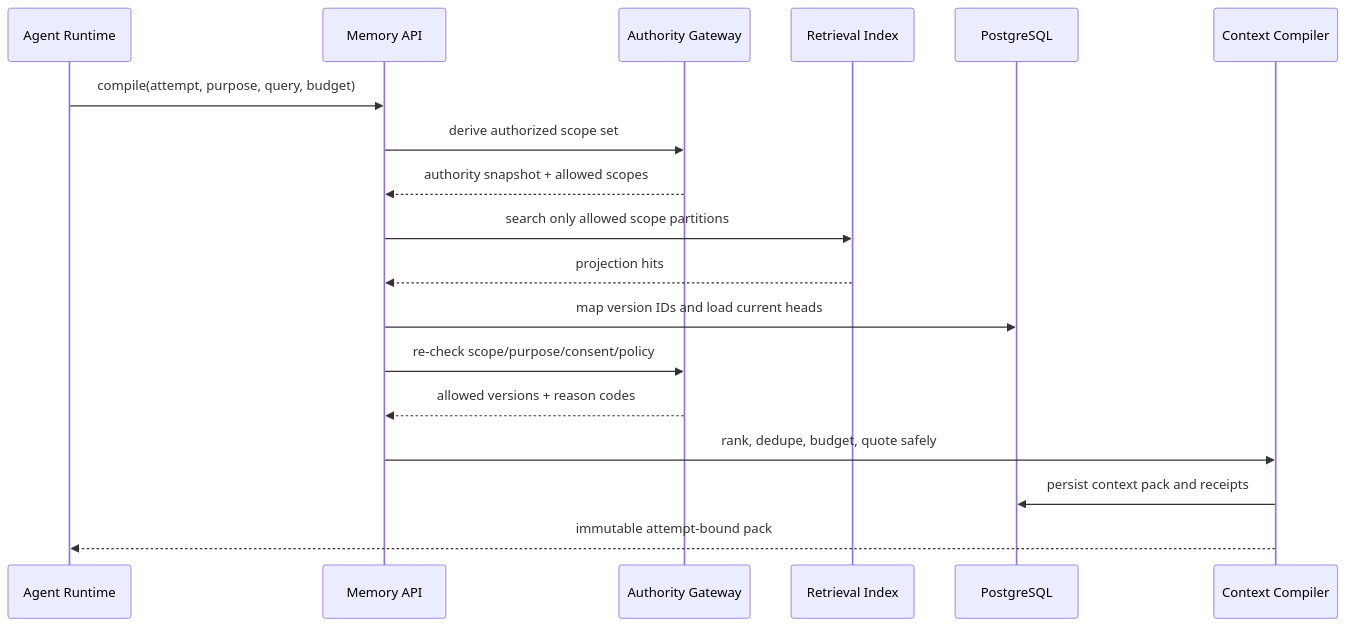
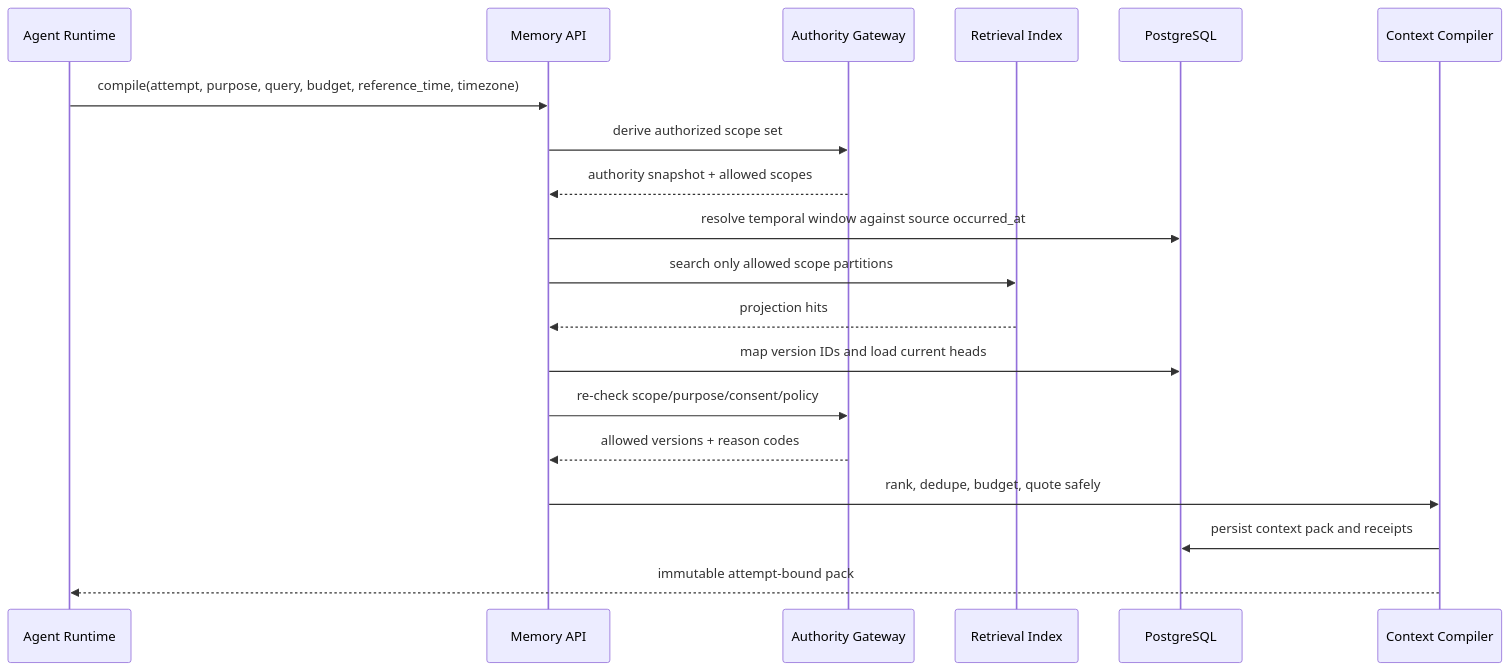
The second of 2 diagrams in docs/04-write-read-correct-forget-flows.md (DongRuibo/drb-Memory-system), drawn with Mermaid before and after one commit. The commit also changed other lines of this file and 18 other files, not shown here.

````diff
--- a/docs/04-write-read-correct-forget-flows.md
+++ b/docs/04-write-read-correct-forget-flows.md
@@ -75,21 +75,22 @@
 ```mermaid
 sequenceDiagram
     participant R as Agent Runtime
     participant A as Memory API
     participant G as Authority Gateway
     participant I as Retrieval Index
     participant D as PostgreSQL
     participant C as Context Compiler
 
-    R->>A: compile(attempt, purpose, query, budget)
+    R->>A: compile(attempt, purpose, query, budget, reference_time, timezone)
     A->>G: derive authorized scope set
     G-->>A: authority snapshot + allowed scopes
+    A->>D: resolve temporal window against source occurred_at
     A->>I: search only allowed scope partitions
     I-->>A: projection hits
     A->>D: map version IDs and load current heads
     A->>G: re-check scope/purpose/consent/policy
     G-->>A: allowed versions + reason codes
     A->>C: rank, dedupe, budget, quote safely
     C->>D: persist context pack and receipts
     C-->>R: immutable attempt-bound pack
 ```
````
